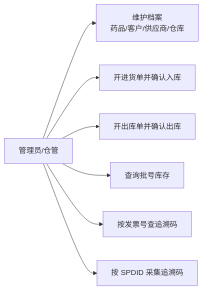
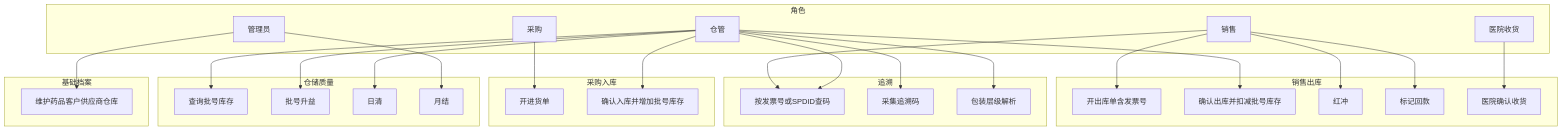
Before and after one commit to Andrewpixa/warehouse: diagram 11 of 20 in docs/pharma-er-uml.md, drawn with Mermaid. The commit also changed other lines of this file and 168 other files, not shown here.

````diff
--- a/docs/pharma-er-uml.md
+++ b/docs/pharma-er-uml.md
@@ -297,10 +679,57 @@
 ```mermaid
-flowchart LR
-  Admin[管理员/仓管]
-  Admin --> UC1[维护档案<br/>药品/客户/供应商/仓库]
-  Admin --> UC2[开进货单并确认入库]
-  Admin --> UC3[开出库单并确认出库]
-  Admin --> UC4[查询批号库存]
-  Admin --> UC5[按发票号查追溯码]
-  Admin --> UC6[按 SPDID 采集追溯码]
+flowchart TB
+  subgraph actors [角色]
+    Admin[管理员]
+    Keeper[仓管]
+    Buyer[采购]
+    Sales[销售]
+    Hospital[医院收货]
+  end
+
+  subgraph master [基础档案]
+    UC1[维护药品客户供应商仓库]
+  end
+
+  subgraph in [采购入库]
+    UC2[开进货单]
+    UC3[确认入库并增加批号库存]
+  end
+
+  subgraph out [销售出库]
+    UC4[开出库单含发票号]
+    UC5[确认出库并扣减批号库存]
+    UC6[红冲]
+    UC7[标记回款]
+    UC8[医院确认收货]
+  end
+
+  subgraph stock [仓储质量]
+    UC9[查询批号库存]
+    UC10[批号升益]
+    UC11[日清]
+    UC12[月结]
+  end
+
+  subgraph trace [追溯]
+    UC13[按发票号或SPDID查码]
+    UC14[采集追溯码]
+    UC15[包装层级解析]
+  end
+
+  Admin --> UC1
+  Buyer --> UC2
+  Keeper --> UC3
+  Sales --> UC4
+  Keeper --> UC5
+  Sales --> UC6
+  Sales --> UC7
+  Hospital --> UC8
+  Keeper --> UC9
+  Keeper --> UC10
+  Keeper --> UC11
+  Admin --> UC12
+  Keeper --> UC13
+  Keeper --> UC14
+  Keeper --> UC15
+  Sales --> UC13
 ```
````
